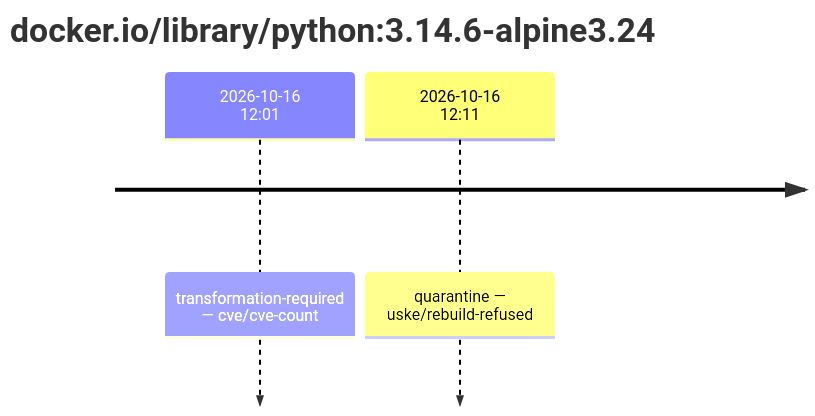
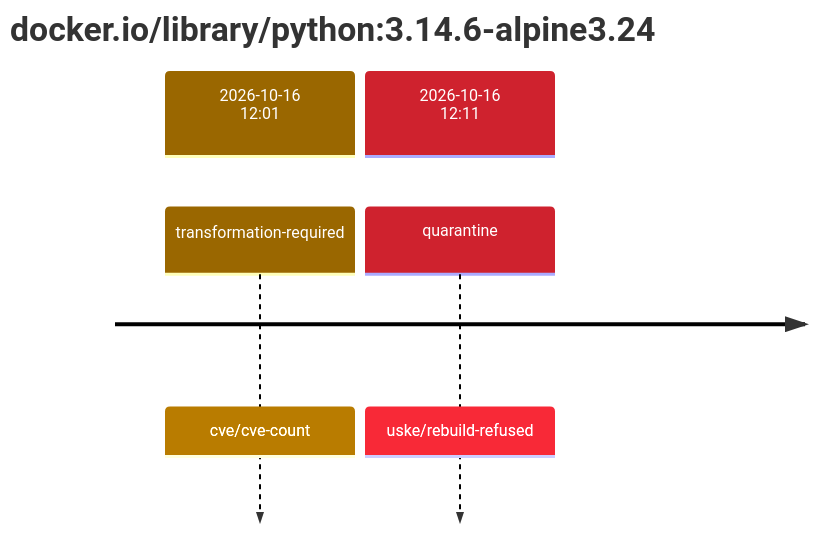
The first of 2 diagrams in results/reports/base-python-3/sha256:df76c26acfd5720410ad9ff0a05ed7985f4ea6fc1e4bc52b766b113583eaa0a6.md (trivoallan/base-images), drawn with Mermaid before and after one commit. The commit also changed other lines of this file and 12 other files, not shown here.

````diff
--- a/results/reports/base-python-3/sha256:df76c26acfd5720410ad9ff0a05ed7985f4ea6fc1e4bc52b766b113583eaa0a6.md
+++ b/results/reports/base-python-3/sha256:df76c26acfd5720410ad9ff0a05ed7985f4ea6fc1e4bc52b766b113583eaa0a6.md
@@ -5,6 +5,9 @@
 ```mermaid
+%%{init: {"theme": "default", "themeVariables": {"cScale0": "#9a6700", "cScaleLabel0": "#ffffff", "cScale1": "#cf222e", "cScaleLabel1": "#ffffff"}}}%%
 timeline
     title docker.io/library/python#58;3.14.6-alpine3.24
-    2026-10-16 12#58;01 : transformation-required — cve/cve-count
-    2026-10-16 12#58;11 : quarantine — uske/rebuild-refused
+    section 2026-10-16 12#58;01
+        transformation-required : cve/cve-count
+    section 2026-10-16 12#58;11
+        quarantine : uske/rebuild-refused
 ```
````
